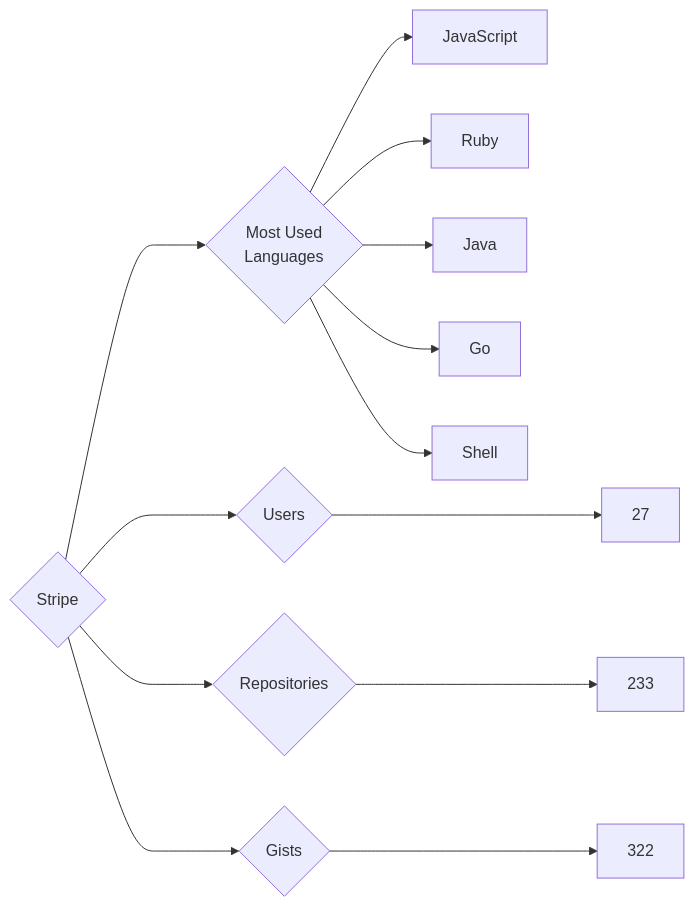
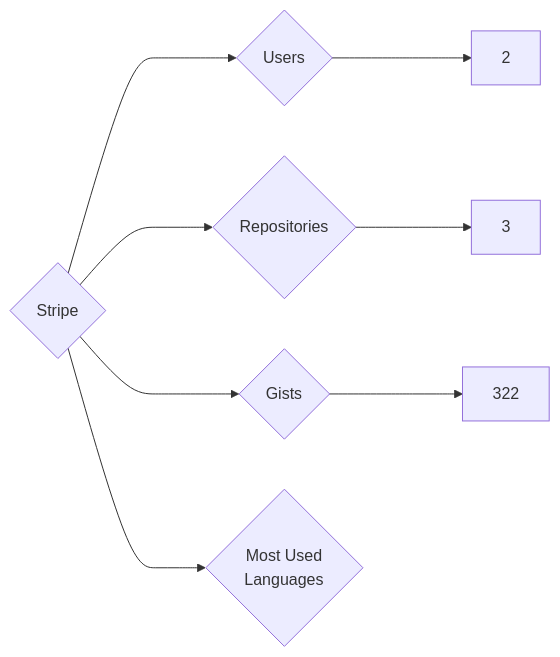
One commit to trickest/insiders changed the diagram in targets/Stripe/README.md. Above: the diagram before and after it, drawn with Mermaid. The commit also changed 833 other files, not shown here.

````diff
--- a/targets/Stripe/README.md
+++ b/targets/Stripe/README.md
@@ -3,13 +3,8 @@
 ```mermaid
 graph LR
 COMPANY_NAME{Stripe}
-COMPANY_NAME ---> U{Users} ---> UN[27]
-COMPANY_NAME ---> R{Repositories} ---> RN[233]
+COMPANY_NAME ---> U{Users} ---> UN[2]
+COMPANY_NAME ---> R{Repositories} ---> RN[3]
 COMPANY_NAME ---> G{Gists} ---> GN[322]
 COMPANY_NAME ---> ML{Most Used<br>Languages}
-ML --> JavaScript[JavaScript]
-ML --> Ruby[Ruby]
-ML --> Java[Java]
-ML --> Go[Go]
-ML --> Shell[Shell]
 ```
````
